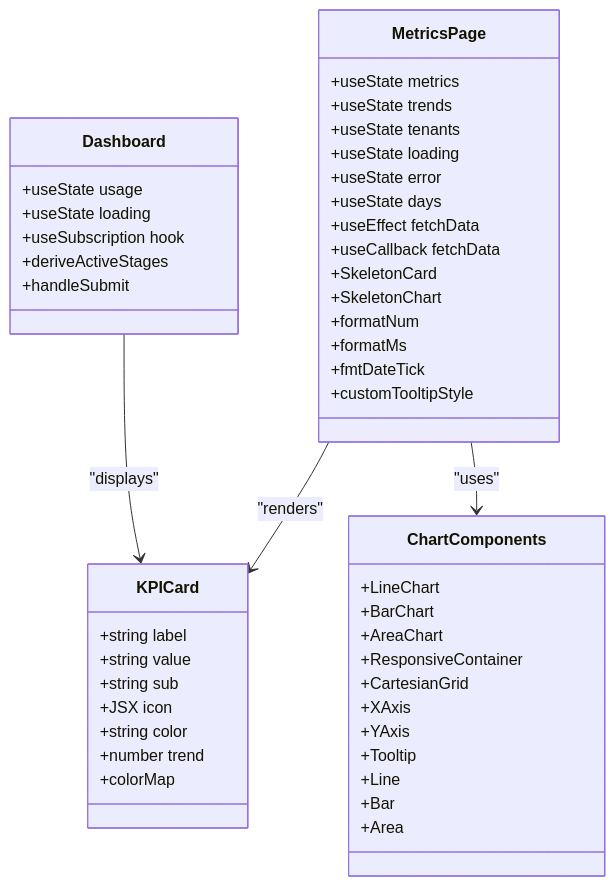
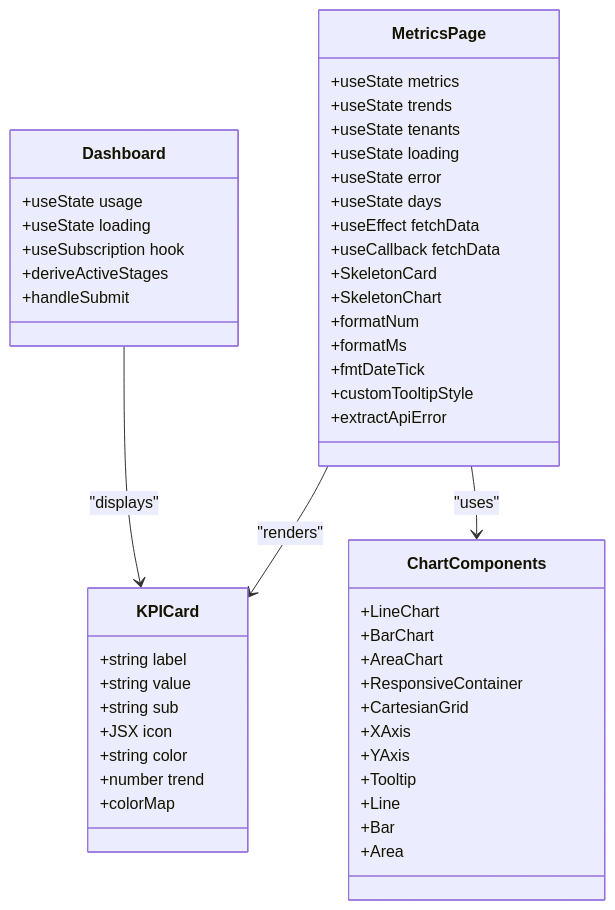
Before and after one commit to Revanththetalogics/aireume: the fifth of 6 diagrams in .qoder/repowiki/en/content/Frontend Architecture/Platform Metrics Dashboard.md, drawn with Mermaid. The commit also changed other lines of this file and 9 other files, not shown here.

````diff
--- a/.qoder/repowiki/en/content/Frontend Architecture/Platform Metrics Dashboard.md
+++ b/.qoder/repowiki/en/content/Frontend Architecture/Platform Metrics Dashboard.md
@@ -252,51 +253,52 @@
 ```mermaid
 classDiagram
 class MetricsPage {
 +useState metrics
 +useState trends
 +useState tenants
 +useState loading
 +useState error
 +useState days
 +useEffect fetchData
 +useCallback fetchData
 +SkeletonCard
 +SkeletonChart
 +formatNum
 +formatMs
 +fmtDateTick
 +customTooltipStyle
++extractApiError
 }
 class KPICard {
 +string label
 +string value
 +string sub
 +JSX icon
 +string color
 +number trend
 +colorMap
 }
 class ChartComponents {
 +LineChart
 +BarChart
 +AreaChart
 +ResponsiveContainer
 +CartesianGrid
 +XAxis
 +YAxis
 +Tooltip
 +Line
 +Bar
 +Area
 }
 class Dashboard {
 +useState usage
 +useState loading
 +useSubscription hook
 +deriveActiveStages
 +handleSubmit
 }
 MetricsPage --> KPICard : "renders"
 MetricsPage --> ChartComponents : "uses"
 Dashboard --> KPICard : "displays"
 ```
````
